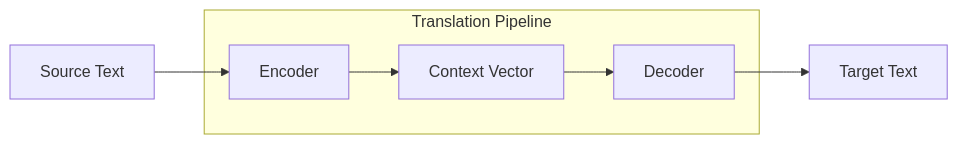
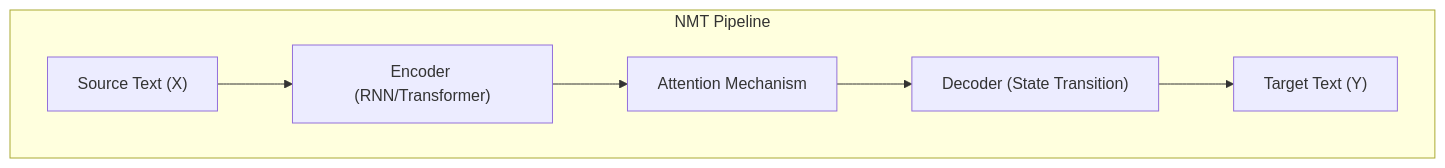
One commit to Amey-Thakur/PYTHON-SHORTS changed the first of 2 diagrams in Source Code/Text Translator/README.md. Above: the diagram before and after it, drawn with Mermaid. The commit also changed other lines of this file and 1 other file, not shown here.

````diff
--- a/Source Code/Text Translator/README.md
+++ b/Source Code/Text Translator/README.md
@@ -50,13 +53,10 @@
 ```mermaid
-graph LR
-    A[Source Text] --> B[Encoder]
-    B --> C[Context Vector]
-    C --> D[Decoder]
-    D --> E[Target Text]
-    
-    subgraph Translation Pipeline
-        B
-        C
-        D
+flowchart LR
+    subgraph Architecture ["NMT Pipeline"]
+        direction LR
+        A["Source Text (X)"] --> B["Encoder (RNN/Transformer)"]
+        B --> C["Attention Mechanism"]
+        C --> D["Decoder (State Transition)"]
+        D --> E["Target Text (Y)"]
     end
 ```
````
